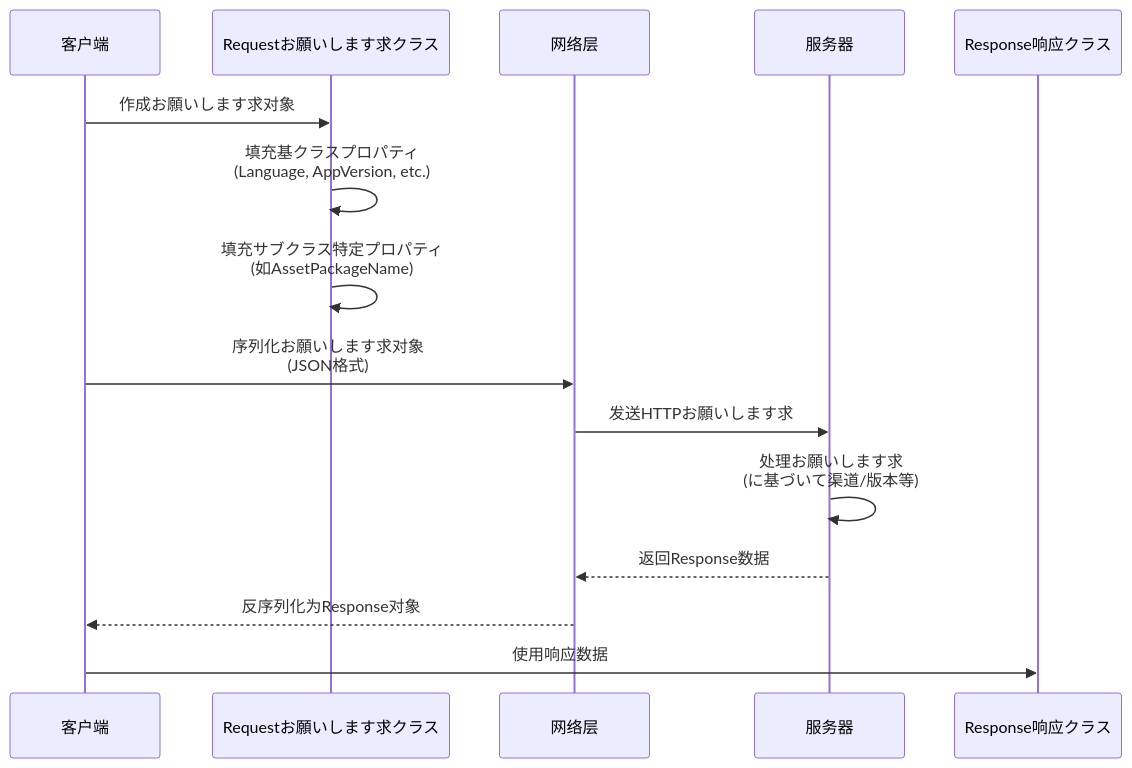
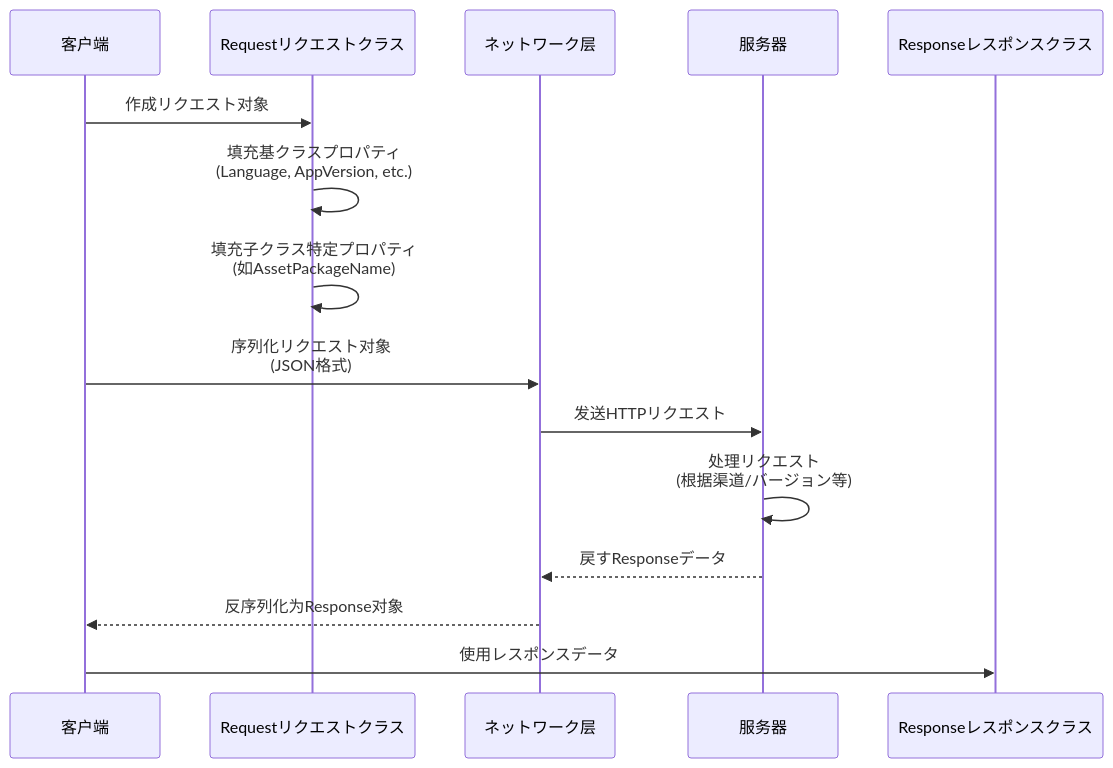
One commit to AlianBlank/GameFrameX.Docs changed the second of 2 diagrams in docs/ja/client/unity/component/globalconfig/04.request-classes.md. Above: the diagram before and after it, drawn with Mermaid. The commit also changed other lines of this file and 320 other files, not shown here.

````diff
--- a/docs/ja/client/unity/component/globalconfig/04.request-classes.md
+++ b/docs/ja/client/unity/component/globalconfig/04.request-classes.md
@@ -184,18 +184,18 @@
 ```mermaid
 sequenceDiagram
     participant Client as 客户端
-    participant Req as Requestお願いします求クラス
-    participant Net as 网络层
+    participant Req as Requestリクエストクラス
+    participant Net as ネットワーク层
     participant Server as 服务器
-    participant Resp as Response响应クラス
+    participant Resp as Responseレスポンスクラス
 
-    Client->>Req: 作成お願いします求对象
+    Client->>Req: 作成リクエスト对象
     Req->>Req: 填充基クラスプロパティ<br/>(Language, AppVersion, etc.)
-    Req->>Req: 填充サブクラス特定プロパティ<br/>(如AssetPackageName)
-    Client->>Net: 序列化お願いします求对象<br/>(JSON格式)
-    Net->>Server: 发送HTTPお願いします求
-    Server->>Server: 处理お願いします求<br/>(に基づいて渠道/版本等)
-    Server-->>Net: 返回Response数据
+    Req->>Req: 填充子クラス特定プロパティ<br/>(如AssetPackageName)
+    Client->>Net: 序列化リクエスト对象<br/>(JSON格式)
+    Net->>Server: 发送HTTPリクエスト
+    Server->>Server: 处理リクエスト<br/>(根据渠道/バージョン等)
+    Server-->>Net: 戻すResponseデータ
     Net-->>Client: 反序列化为Response对象
-    Client->>Resp: 使用响应数据
+    Client->>Resp: 使用レスポンスデータ
 ```
````
